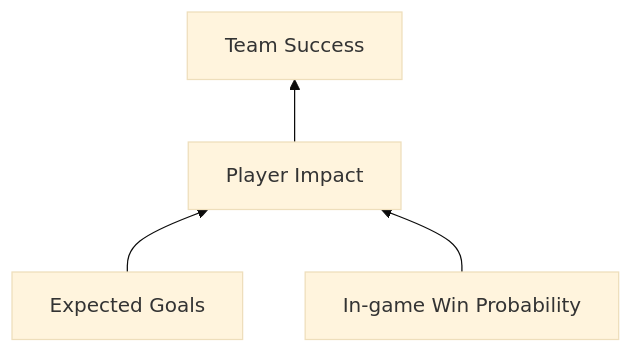
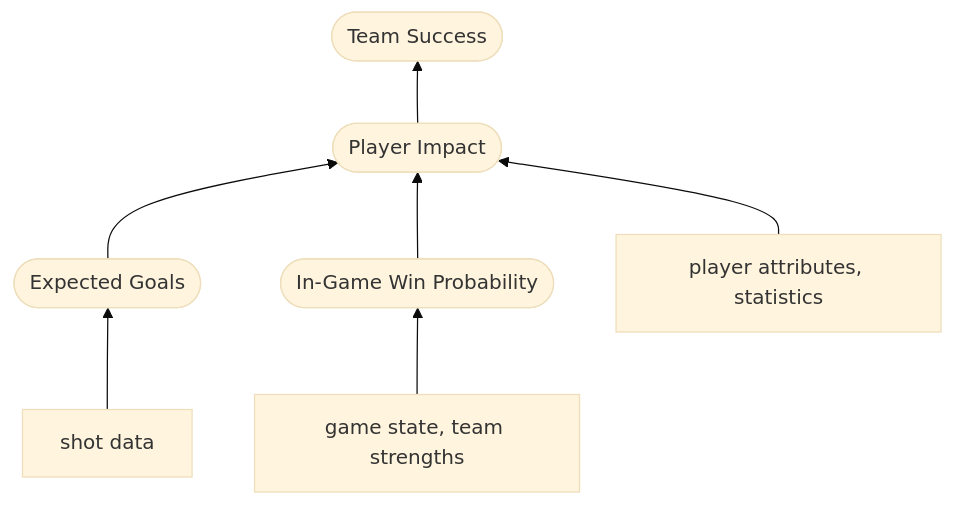
Before and after one commit to marshineer/Hockey-Analytics: the diagram in README.md, drawn with Mermaid (base theme). The commit also changed other lines of this file and 1 other file, not shown here.

````diff
--- a/README.md
+++ b/README.md
@@ -6,6 +77,9 @@
 ```mermaid
     flowchart BT;
-    A[Expected Goals] --> B[Player Impact];
-    C[In-game Win Probability] --> B;
-    B --> D[Team Success];
+    A([Expected Goals]) --> B([Player Impact]);
+    C([In-Game Win Probability]) --> B;
+    B --> D([Team Success]);
+    X[shot data] --> A;
+    Y[game state, team strengths] --> C;
+    Z[player attributes, statistics] --> B;
 ```
````
